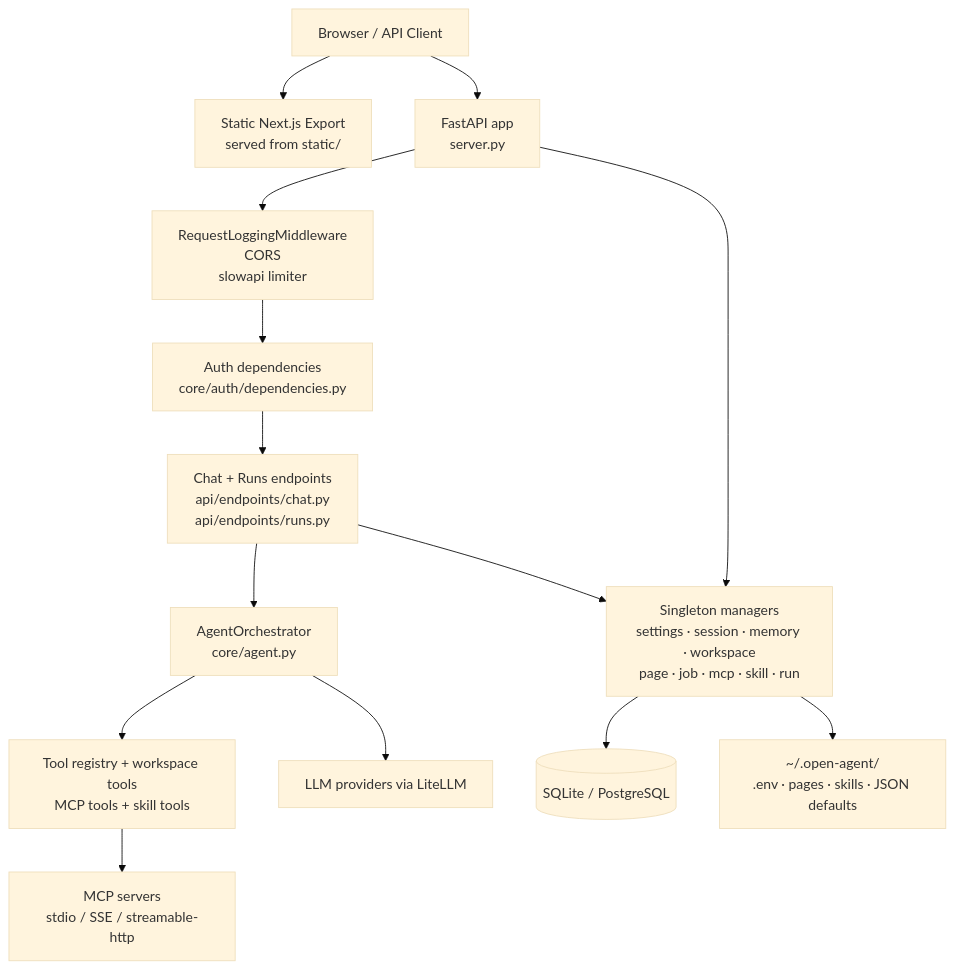
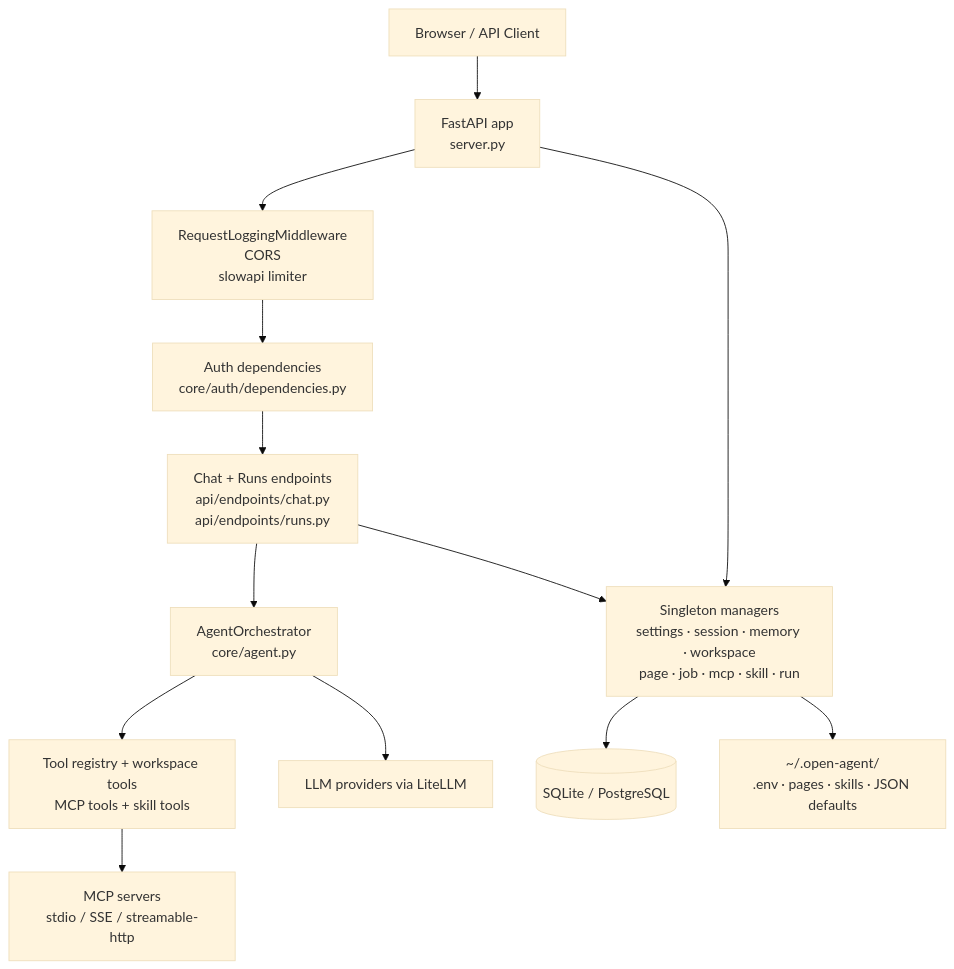
The diagram in README.md (kim62210/open-agent), drawn with Mermaid (base theme) before and after one commit. The commit also changed other lines of this file and 140 other files, not shown here.

````diff
--- a/README.md
+++ b/README.md
@@ -49,30 +49,28 @@
 ```mermaid
 flowchart TB
     Browser[Browser / API Client]
-    UI[Static Next.js Export\nserved from static/]
     API[FastAPI app\nserver.py]
     Middleware[RequestLoggingMiddleware\nCORS\nslowapi limiter]
     Auth[Auth dependencies\ncore/auth/dependencies.py]
     Chat[Chat + Runs endpoints\napi/endpoints/chat.py\napi/endpoints/runs.py]
     Managers[Singleton managers\nsettings · session · memory · workspace\npage · job · mcp · skill · run]
     Agent[AgentOrchestrator\ncore/agent.py]
     Tools[Tool registry + workspace tools\nMCP tools + skill tools]
     DB[(SQLite / PostgreSQL)]
     FS[~/.open-agent/\n.env · pages · skills · JSON defaults]
     MCP[MCP servers\nstdio / SSE / streamable-http]
     LLM[LLM providers via LiteLLM]
 
-    Browser --> UI
     Browser --> API
     API --> Middleware
     Middleware --> Auth
     Auth --> Chat
     Chat --> Agent
     Agent --> Tools
     Tools --> MCP
     Agent --> LLM
     Chat --> Managers
     Managers --> DB
     Managers --> FS
     API --> Managers
 ```
````
